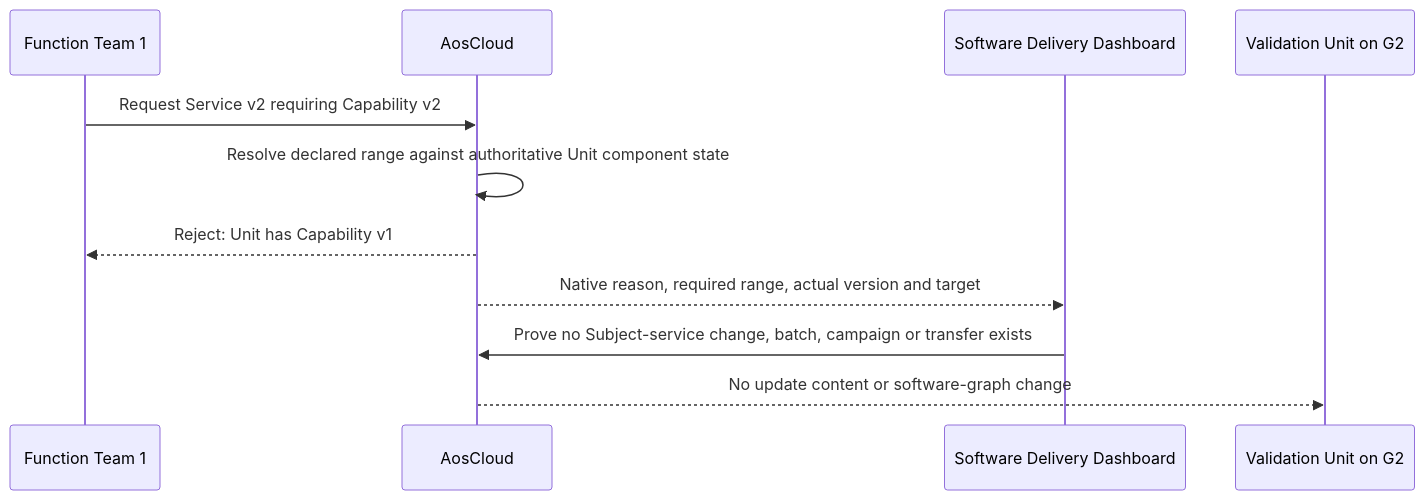
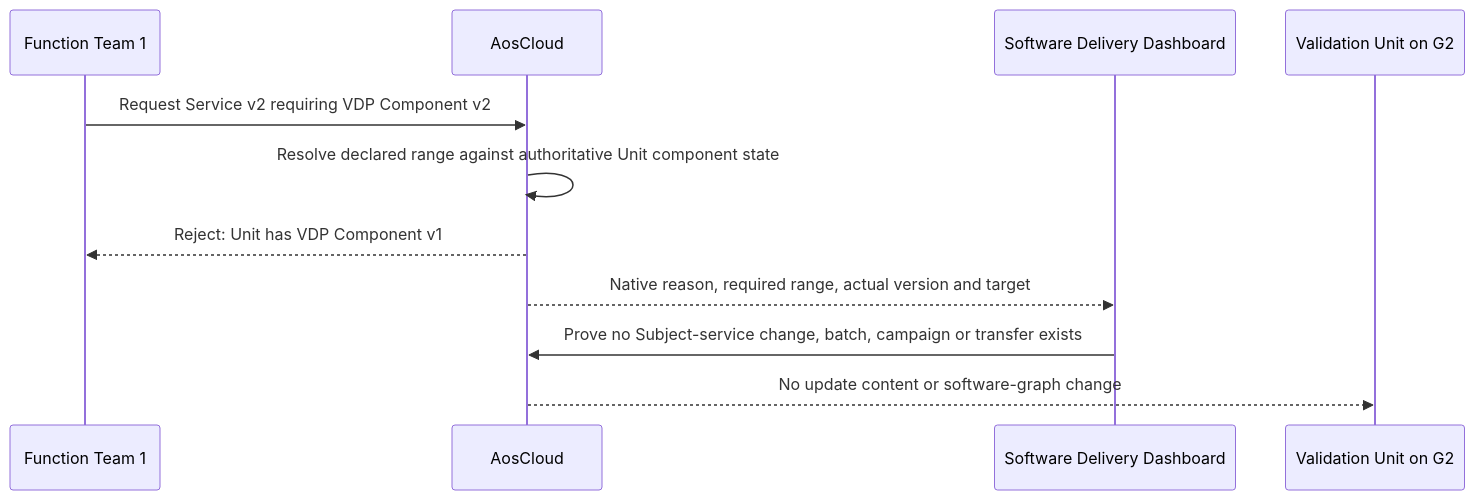
One commit to alexmaninblack/aosedge-sdv-demo changed the tenth of 18 diagrams in docs/architecture/demo-scenario-architecture-flows.md. Above: the diagram before and after it, drawn with Mermaid. The commit also changed other lines of this file and 32 other files, not shown here.

````diff
--- a/docs/architecture/demo-scenario-architecture-flows.md
+++ b/docs/architecture/demo-scenario-architecture-flows.md
@@ -534,14 +581,14 @@
 ```mermaid
 sequenceDiagram
     participant FT1 as Function Team 1
     participant AC as AosCloud
     participant SD as Software Delivery Dashboard
     participant VU as Validation Unit on G2
 
-    FT1->>AC: Request Service v2 requiring Capability v2
+    FT1->>AC: Request Service v2 requiring VDP Component v2
     AC->>AC: Resolve declared range against authoritative Unit component state
-    AC-->>FT1: Reject: Unit has Capability v1
+    AC-->>FT1: Reject: Unit has VDP Component v1
     AC-->>SD: Native reason, required range, actual version and target
     SD->>AC: Prove no Subject-service change, batch, campaign or transfer exists
     AC-->>VU: No update content or software-graph change
 ```
````
